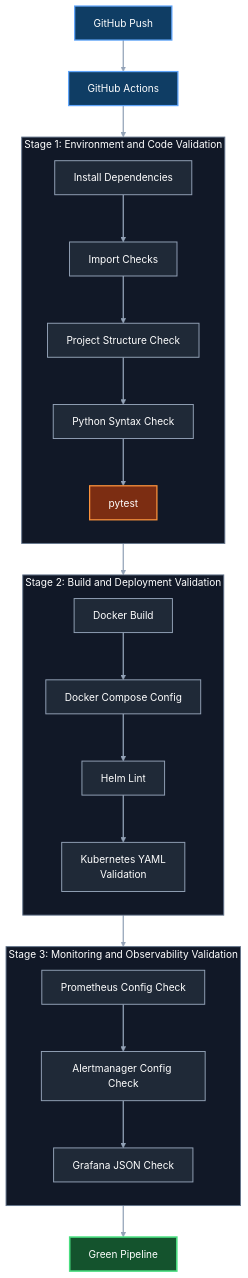
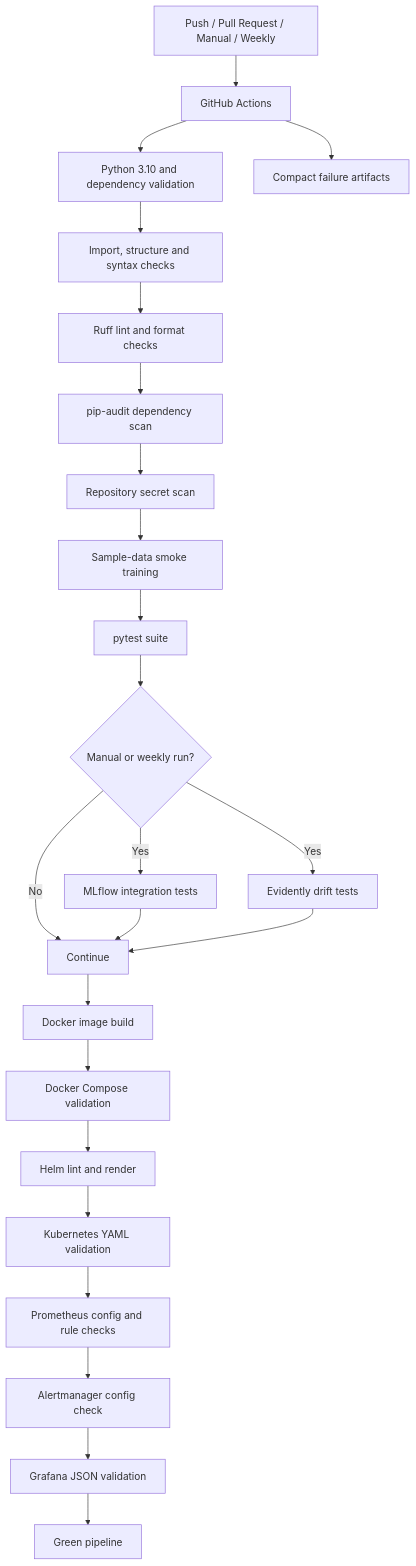
Before and after one commit to RuturajM31/E-Commerce-Conversion-Intelligence-Platform: diagram 14 of 15 in README.md, drawn with Mermaid. The commit also changed other lines of this file, not shown here.

Commit message:
docs: revamp project README

````diff
--- a/README.md
+++ b/README.md
@@ -604,47 +610,31 @@
 ```mermaid
-%%{init: {"theme": "base", "themeVariables": {"background": "#0D1117", "primaryTextColor": "#FFFFFF", "lineColor": "#94A3B8", "fontFamily": "Arial"}}}%%
 flowchart TB
-    A["GitHub Push"] --> B["GitHub Actions"]
-    B --> C
+    A["Push / Pull Request / Manual / Weekly"] --> B["GitHub Actions"]
 
-    subgraph S1["Stage 1: Environment and Code Validation"]
-        direction TB
-        C["Install Dependencies"] --> D["Import Checks"]
-        D --> E["Project Structure Check"]
-        E --> F["Python Syntax Check"]
-        F --> G["pytest"]
-    end
+    B --> C["Python 3.10 and dependency validation"]
+    C --> D["Import, structure and syntax checks"]
+    D --> E["Ruff lint and format checks"]
+    E --> F["pip-audit dependency scan"]
+    F --> G["Repository secret scan"]
+    G --> H["Sample-data smoke training"]
+    H --> I["pytest suite"]
 
-    G --> H
+    I --> J{"Manual or weekly run?"}
+    J -- Yes --> K["MLflow integration tests"]
+    J -- Yes --> L["Evidently drift tests"]
+    J -- No --> M["Continue"]
 
-    subgraph S2["Stage 2: Build and Deployment Validation"]
-        direction TB
-        H["Docker Build"] --> I["Docker Compose Config"]
-        I --> J["Helm Lint"]
-        J --> K["Kubernetes YAML<br/>Validation"]
-    end
+    K --> M
+    L --> M
 
-    K --> L
+    M --> N["Docker image build"]
+    N --> O["Docker Compose validation"]
+    O --> P["Helm lint and render"]
+    P --> Q["Kubernetes YAML validation"]
+    Q --> R["Prometheus config and rule checks"]
+    R --> S["Alertmanager config check"]
+    S --> T["Grafana JSON validation"]
+    T --> U["Green pipeline"]
 
-    subgraph S3["Stage 3: Monitoring and Observability Validation"]
-        direction TB
-        L["Prometheus Config Check"] --> M["Alertmanager Config Check"]
-        M --> N["Grafana JSON Check"]
-    end
-
-    N --> O["Green Pipeline"]
-
-    classDef trigger fill:#0F3D64,stroke:#60A5FA,color:#FFFFFF,stroke-width:2px;
-    classDef check fill:#1F2937,stroke:#94A3B8,color:#FFFFFF,stroke-width:1.5px;
-    classDef test fill:#7C2D12,stroke:#FB923C,color:#FFFFFF,stroke-width:2px;
-    classDef success fill:#14532D,stroke:#4ADE80,color:#FFFFFF,stroke-width:2.5px;
-    classDef stage fill:#111827,stroke:#64748B,color:#FFFFFF,stroke-width:1.5px;
-
-    class A,B trigger;
-    class C,D,E,F,H,I,J,K,L,M,N check;
-    class G test;
-    class O success;
-    class S1,S2,S3 stage;
-
-    linkStyle default stroke:#94A3B8,stroke-width:2px;
+    B --> V["Compact failure artifacts"]
 ```
````
